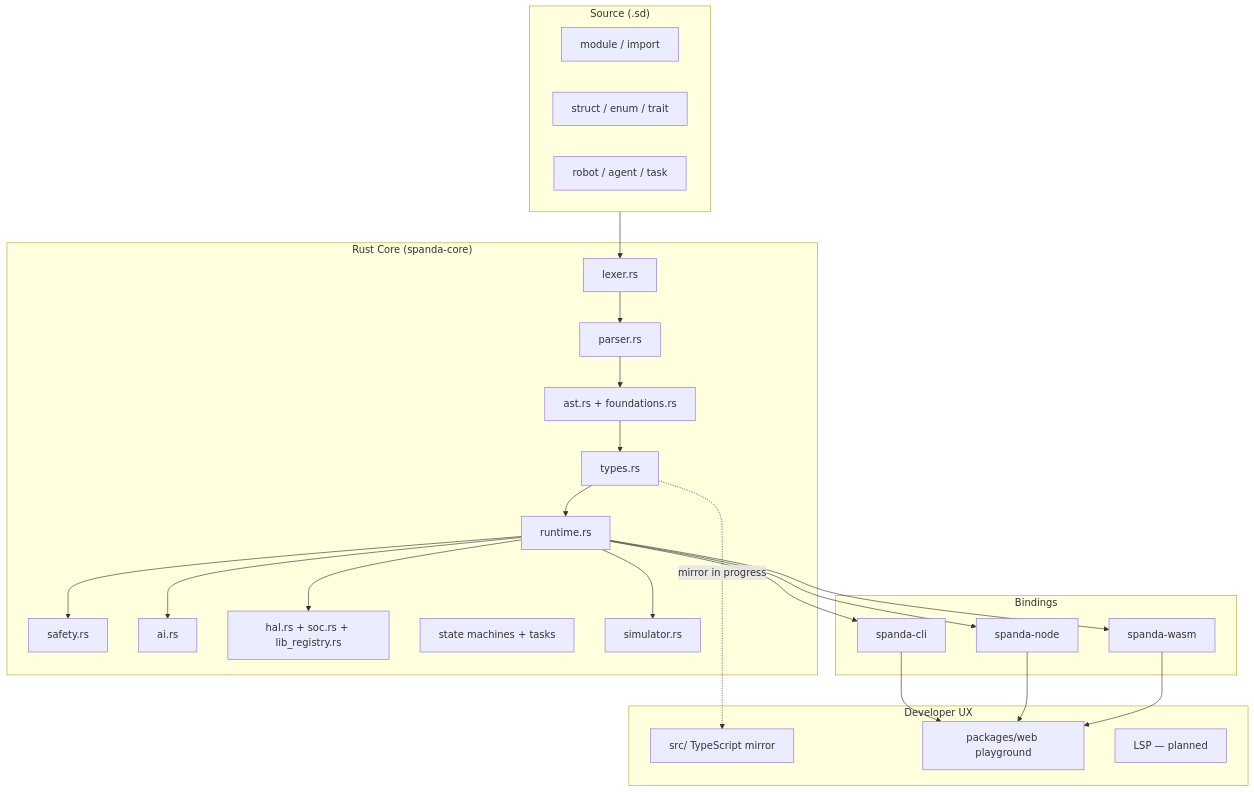
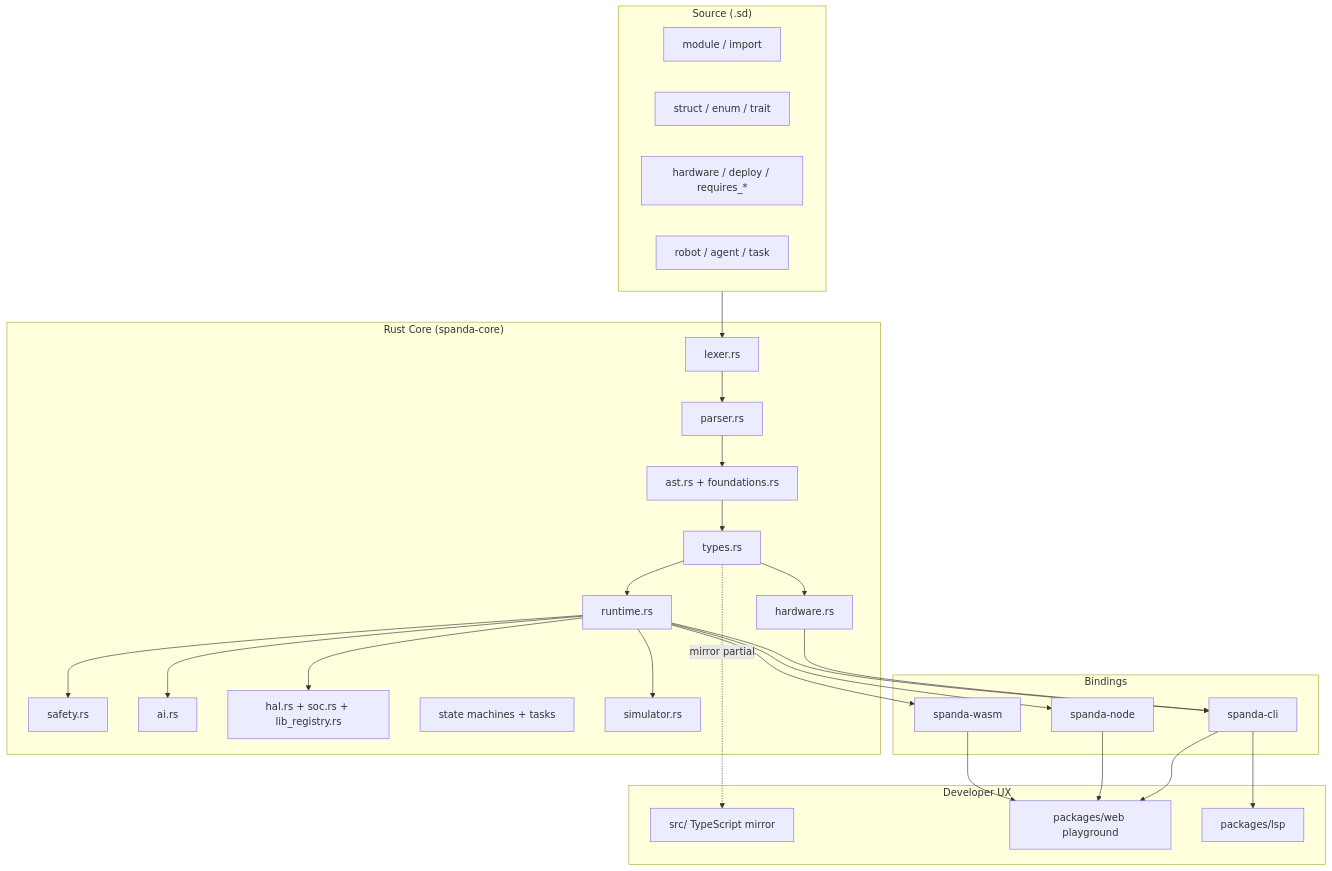
The diagram in docs/spanda-architecture.md (sujaydavalgi/Synapse), drawn with Mermaid before and after one commit. The commit also changed other lines of this file and 9 other files, not shown here.

````diff
--- a/docs/spanda-architecture.md
+++ b/docs/spanda-architecture.md
@@ -7,38 +7,44 @@
 ```mermaid
 flowchart TB
   subgraph sources ["Source (.sd)"]
     MOD[module / import]
     TYPES[struct / enum / trait]
+    HW[hardware / deploy / requires_*]
     ROBOT[robot / agent / task]
   end
 
   subgraph rust ["Rust Core (spanda-core)"]
     LEX[lexer.rs]
     PAR[parser.rs]
     AST[ast.rs + foundations.rs]
     TC[types.rs]
+    HWV[hardware.rs]
     RT[runtime.rs]
     SAF[safety.rs]
     AI[ai.rs]
     HAL[hal.rs + soc.rs + lib_registry.rs]
     SM[state machines + tasks]
     SIM[simulator.rs]
   end
 
   subgraph bindings ["Bindings"]
     CLI[spanda-cli]
     NODE[spanda-node]
     WASM[spanda-wasm]
   end
 
   subgraph ux ["Developer UX"]
     TS[src/ TypeScript mirror]
     WEB[packages/web playground]
-    LSP[LSP — planned]
+    LSP[packages/lsp]
   end
 
-  sources --> LEX --> PAR --> AST --> TC --> RT
+  sources --> LEX --> PAR --> AST --> TC
+  TC --> HWV
+  TC --> RT
   RT --> SAF & AI & HAL & SIM
+  HWV --> CLI
   RT --> CLI & NODE & WASM --> WEB
-  TC -.->|mirror in progress| TS
+  CLI --> LSP
+  TC -.->|mirror partial| TS
 ```
````
